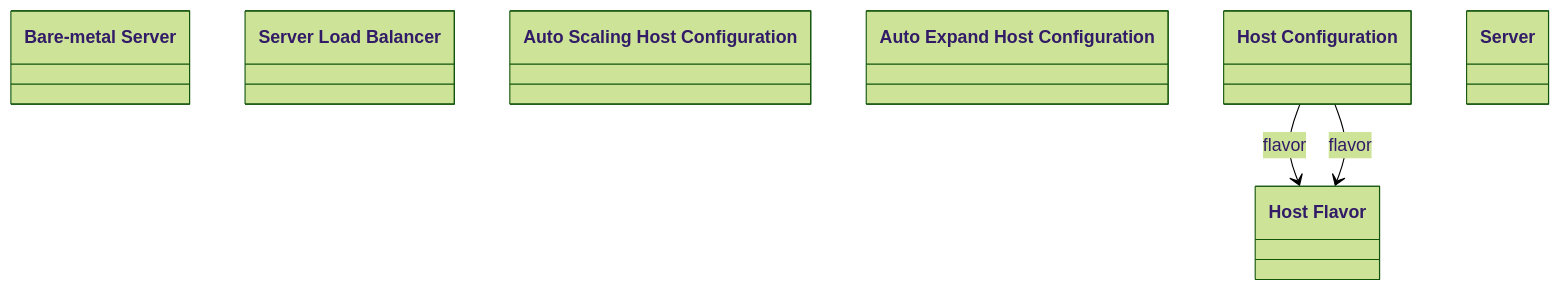
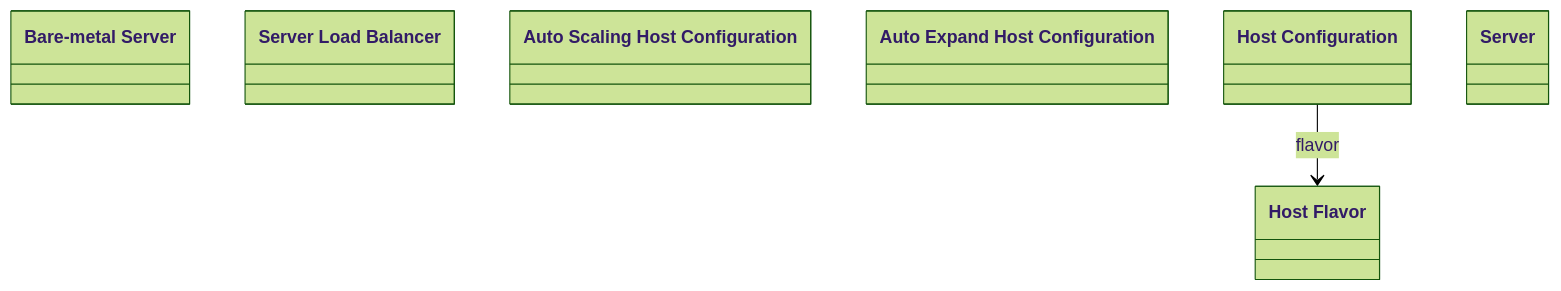
Before and after one commit to oeg-upm/Devos: the diagram in output/ieswc_leng/server.ttl-leng-7-0-hard.md, drawn with Mermaid (forest theme). The commit also changed 131 other files, not shown here.

````diff
--- a/output/ieswc_leng/server.ttl-leng-7-0-hard.md
+++ b/output/ieswc_leng/server.ttl-leng-7-0-hard.md
@@ -1,39 +1,37 @@
 ```mermaid
 	classDiagram
 
     
     class `Bare-metal Server` {
     
     }
 
     class `Host Flavor` {
     
     }
 
     class `Server Load Balancer` {
     
     }
 
     class `Auto Scaling Host Configuration` {
     
     }
 
     class `Auto Expand Host Configuration` {
     
     }
 
     class `Host Configuration` {
     
     }
 
     class `Server` {
     
     }
 
 
 
 `Host Configuration`  --> `Host Flavor`   :flavor  
 
-`Host Configuration`  --> `Host Flavor`   :flavor  
-
 ```
````
